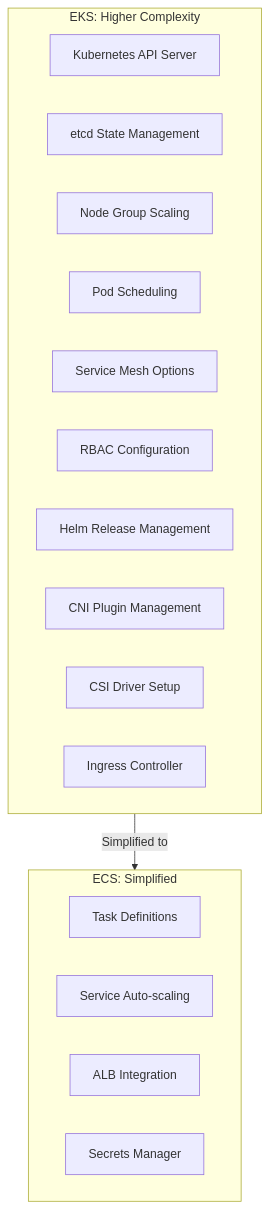
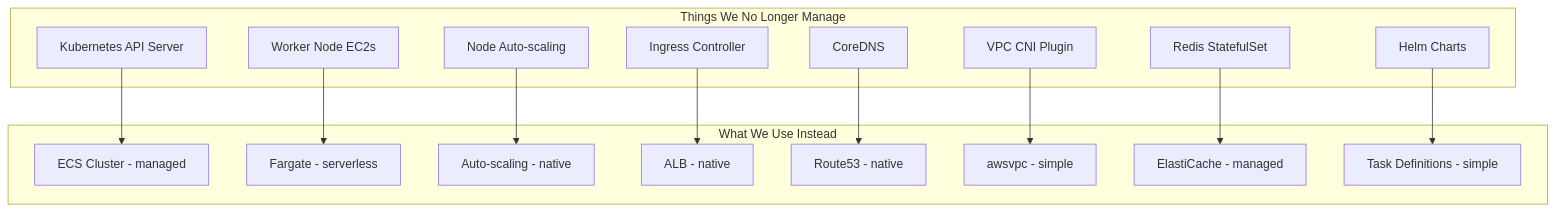
One commit to aldea-ai/infrastructure-docs changed the fourth of 10 diagrams in diagrams/eks-to-ecs-comparison.md. Above: the diagram before and after it, drawn with Mermaid. The commit also changed other lines of this file and 3 other files, not shown here.

First line of the commit message:
Simplify diagrams for layman readability

````diff
--- a/diagrams/eks-to-ecs-comparison.md
+++ b/diagrams/eks-to-ecs-comparison.md
@@ -102,24 +93,33 @@
 ```mermaid
-graph TB
-    subgraph EKS_Complexity["EKS: Higher Complexity"]
-        EKS_1[Kubernetes API Server]
-        EKS_2[etcd State Management]
-        EKS_3[Node Group Scaling]
-        EKS_4[Pod Scheduling]
-        EKS_5[Service Mesh Options]
-        EKS_6[RBAC Configuration]
-        EKS_7[Helm Release Management]
-        EKS_8[CNI Plugin Management]
-        EKS_9[CSI Driver Setup]
-        EKS_10[Ingress Controller]
+flowchart TB
+    subgraph Removed["Things We No Longer Manage"]
+        R1[Kubernetes API Server]
+        R2[Worker Node EC2s]
+        R3[Node Auto-scaling]
+        R4[Ingress Controller]
+        R5[CoreDNS]
+        R6[VPC CNI Plugin]
+        R7[Redis StatefulSet]
+        R8[Helm Charts]
     end
 
-    subgraph ECS_Simplicity["ECS: Simplified"]
-        ECS_1[Task Definitions]
-        ECS_2[Service Auto-scaling]
-        ECS_3[ALB Integration]
-        ECS_4[Secrets Manager]
+    subgraph Added["What We Use Instead"]
+        A1[ECS Cluster - managed]
+        A2[Fargate - serverless]
+        A3[Auto-scaling - native]
+        A4[ALB - native]
+        A5[Route53 - native]
+        A6[awsvpc - simple]
+        A7[ElastiCache - managed]
+        A8[Task Definitions - simple]
     end
 
-    EKS_Complexity -->|Simplified to| ECS_Simplicity
+    R1 --> A1
+    R2 --> A2
+    R3 --> A3
+    R4 --> A4
+    R5 --> A5
+    R6 --> A6
+    R7 --> A7
+    R8 --> A8
 ```
````
